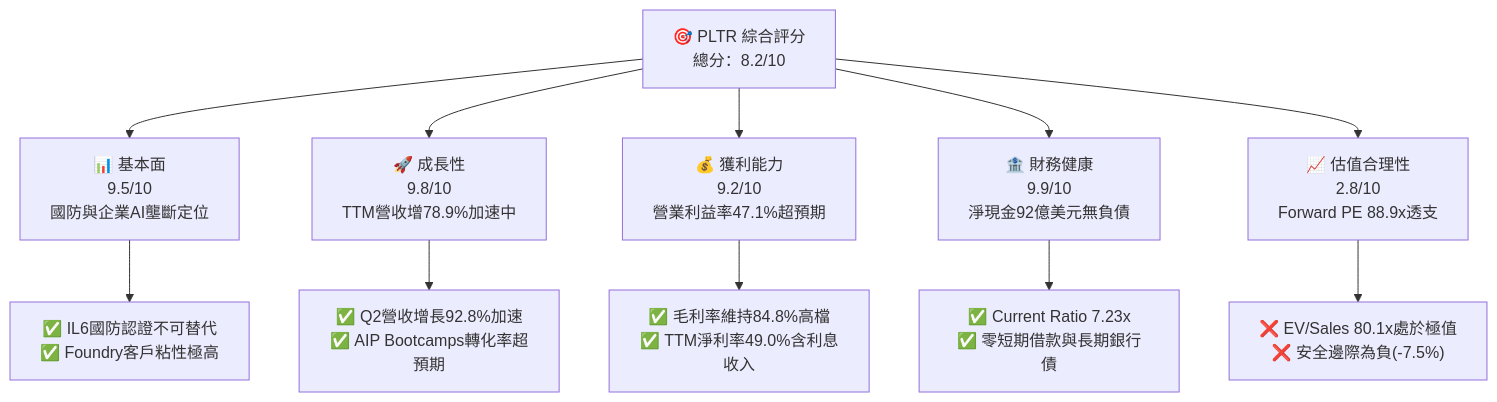
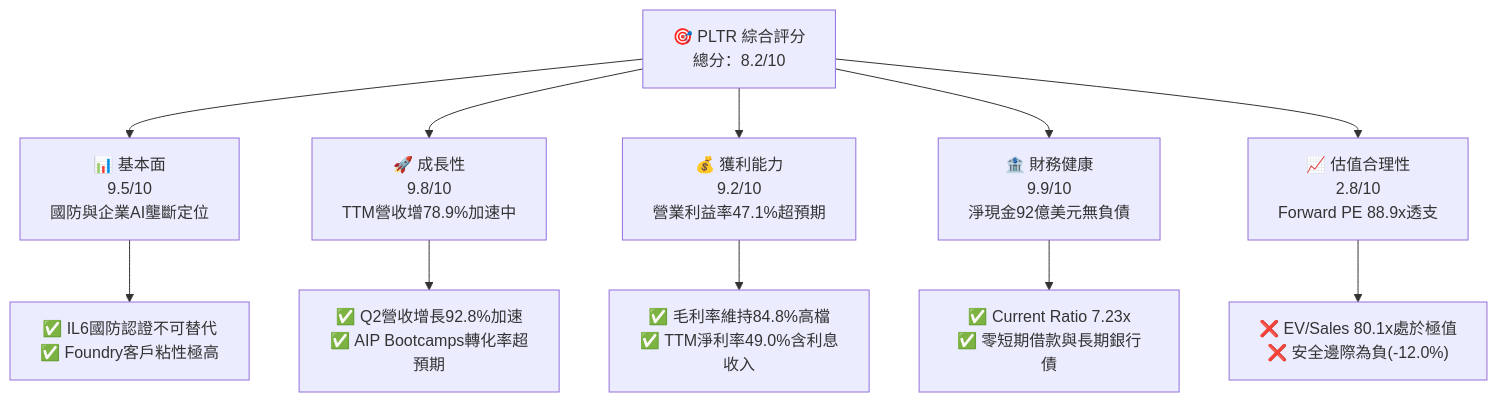
Before and after one commit to yennanliu/finance_data: the first of 15 diagrams in ai_gen_report/fundamental/pltr/fundamental_analysis_2026-10-10_gemini.md, drawn with Mermaid. The commit also changed other lines of this file and 339 other files, not shown here.

````diff
--- a/ai_gen_report/fundamental/pltr/fundamental_analysis_2026-10-10_gemini.md
+++ b/ai_gen_report/fundamental/pltr/fundamental_analysis_2026-10-10_gemini.md
@@ -58,22 +65,22 @@
 ```mermaid
 graph TD
     TICKER["🎯 PLTR 綜合評分<br/>總分：8.2/10"]
 
     F["📊 基本面<br/>9.5/10<br/>國防與企業AI壟斷定位"]
     G["🚀 成長性<br/>9.8/10<br/>TTM營收增78.9%加速中"]
     P["💰 獲利能力<br/>9.2/10<br/>營業利益率47.1%超預期"]
     B["🏦 財務健康<br/>9.9/10<br/>淨現金92億美元無負債"]
     V["📈 估值合理性<br/>2.8/10<br/>Forward PE 88.9x透支"]
 
     TICKER --> F
     TICKER --> G
     TICKER --> P
     TICKER --> B
     TICKER --> V
 
     F --> F1["✅ IL6國防認證不可替代<br/>✅ Foundry客戶粘性極高"]
     G --> G1["✅ Q2營收增長92.8%加速<br/>✅ AIP Bootcamps轉化率超預期"]
     P --> P1["✅ 毛利率維持84.8%高檔<br/>✅ TTM淨利率49.0%含利息收入"]
     B --> B1["✅ Current Ratio 7.23x<br/>✅ 零短期借款與長期銀行債"]
-    V --> V1["❌ EV/Sales 80.1x處於極值<br/>❌ 安全邊際為負(-7.5%)"]
+    V --> V1["❌ EV/Sales 80.1x處於極值<br/>❌ 安全邊際為負(-12.0%)"]
 ```
````
